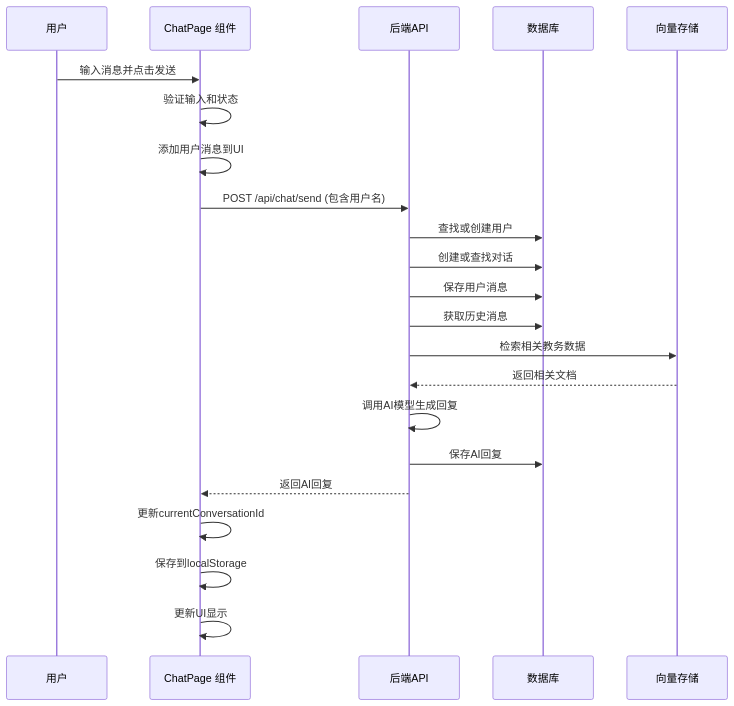
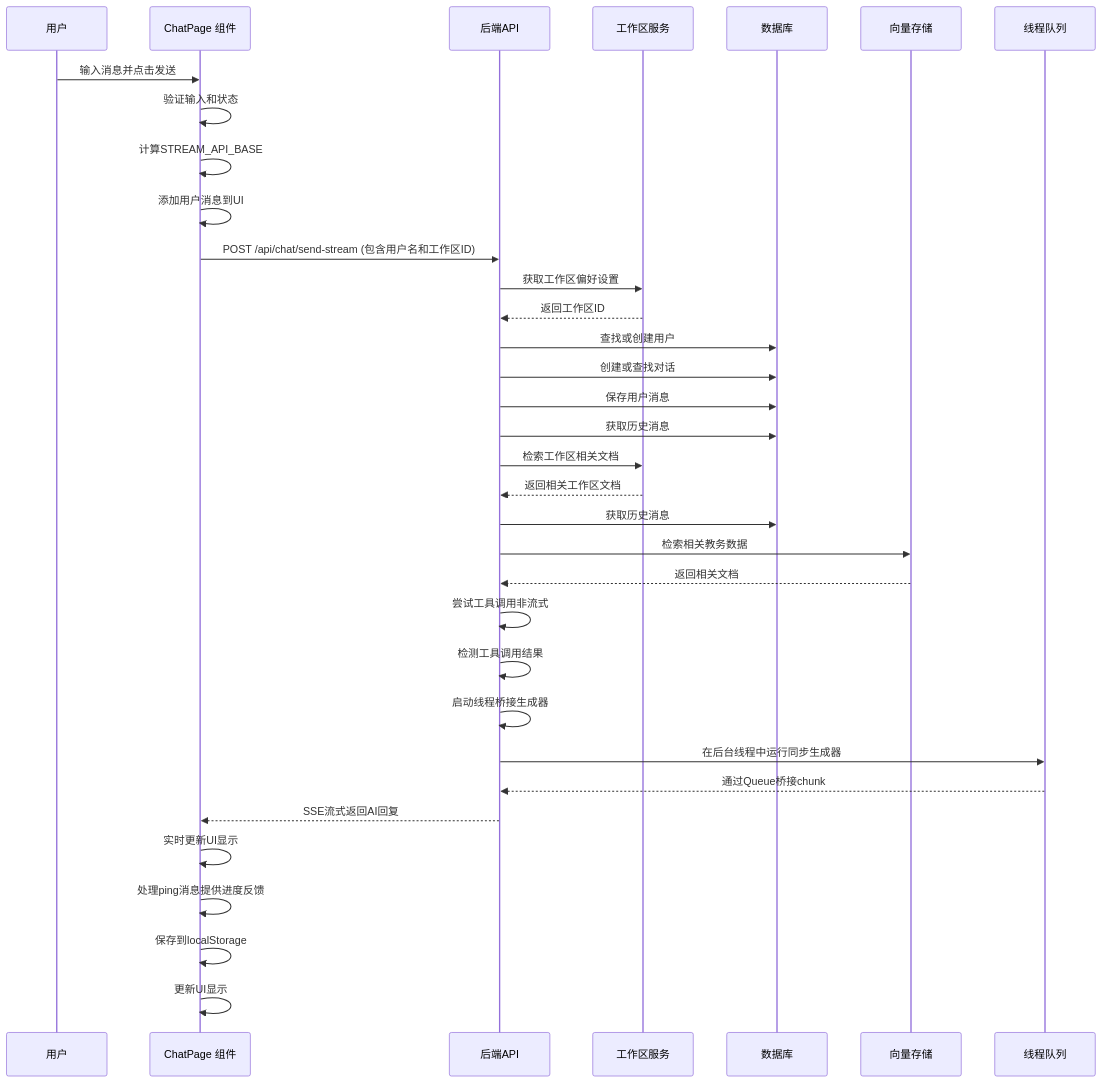
The fifth of 27 diagrams in .qoder/repowiki/zh/content/前端应用文档/AI聊天界面与对话交互.md (ghbbn053-ship-itsoulddog/soulddog), drawn with Mermaid before and after one commit. The commit also changed other lines of this file and 119 other files, not shown here.

````diff
--- a/.qoder/repowiki/zh/content/前端应用文档/AI聊天界面与对话交互.md
+++ b/.qoder/repowiki/zh/content/前端应用文档/AI聊天界面与对话交互.md
@@ -262,24 +444,36 @@
 ```mermaid
 sequenceDiagram
 participant U as 用户
 participant C as ChatPage 组件
 participant API as 后端API
+participant WS as 工作区服务
 participant DB as 数据库
 participant VS as 向量存储
+participant TQ as 线程队列
 U->>C : 输入消息并点击发送
 C->>C : 验证输入和状态
+C->>C : 计算STREAM_API_BASE
 C->>C : 添加用户消息到UI
-C->>API : POST /api/chat/send (包含用户名)
+C->>API : POST /api/chat/send-stream (包含用户名和工作区ID)
+API->>WS : 获取工作区偏好设置
+WS-->>API : 返回工作区ID
 API->>DB : 查找或创建用户
 API->>DB : 创建或查找对话
 API->>DB : 保存用户消息
 API->>DB : 获取历史消息
+API->>WS : 检索工作区相关文档
+WS-->>API : 返回相关工作区文档
+API->>DB : 获取历史消息
 API->>VS : 检索相关教务数据
 VS-->>API : 返回相关文档
-API->>API : 调用AI模型生成回复
-API->>DB : 保存AI回复
-API-->>C : 返回AI回复
-C->>C : 更新currentConversationId
+API->>API : 尝试工具调用非流式
+API->>API : 检测工具调用结果
+API->>API : 启动线程桥接生成器
+API->>TQ : 在后台线程中运行同步生成器
+TQ-->>API : 通过Queue桥接chunk
+API-->>C : SSE流式返回AI回复
+C->>C : 实时更新UI显示
+C->>C : 处理ping消息提供进度反馈
 C->>C : 保存到localStorage
 C->>C : 更新UI显示
 ```
````
